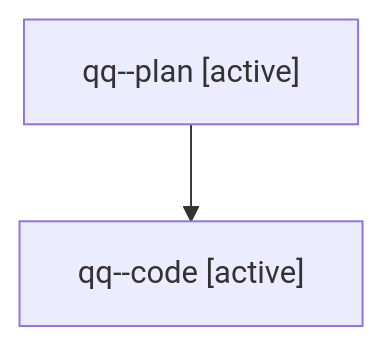
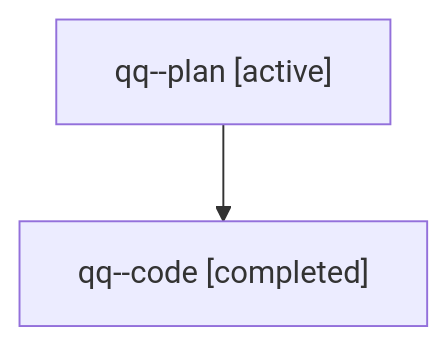
The diagram in families/bbugyi200.athena.qq.md (sase-org/sase--agents), drawn with Mermaid before and after one commit. The commit also changed other lines of this file and 5813 other files, not shown here.

````diff
--- a/families/bbugyi200.athena.qq.md
+++ b/families/bbugyi200.athena.qq.md
@@ -9,6 +9,6 @@
 ```mermaid
 flowchart TD
   n0["qq--plan [active]"]
-  n1["qq--code [active]"]
+  n1["qq--code [completed]"]
   n0 --> n1
 ```
````
